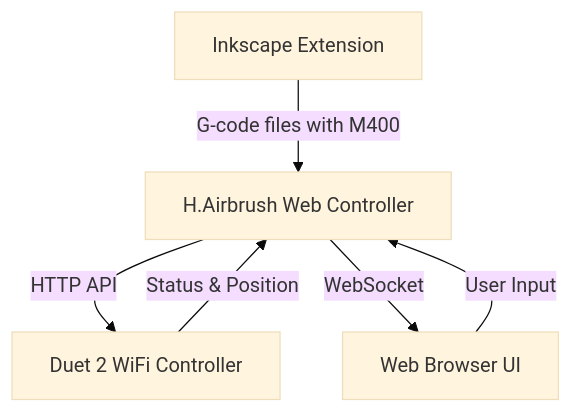
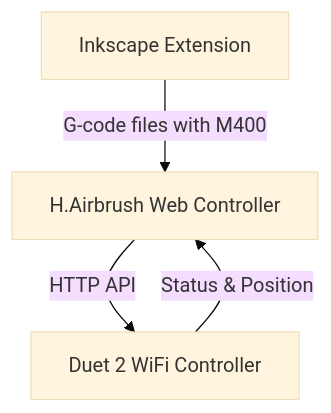
Before and after one commit to semiuniversal/hairbrush: the first of 2 diagrams in memory-bank/systemPatterns.md, drawn with Mermaid (base theme). The commit also changed other lines of this file and 42 other files, not shown here.

Commit message:
Update project with refactored JavaScript architecture and improved documentation

````diff
--- a/memory-bank/systemPatterns.md
+++ b/memory-bank/systemPatterns.md
@@ -7,8 +11,6 @@
 ```mermaid
-flowchart TD
+graph TD
     A[Inkscape Extension] -->|G-code files with M400| B[H.Airbrush Web Controller]
     B -->|HTTP API| C[Duet 2 WiFi Controller]
     C -->|Status & Position| B
-    B -->|WebSocket| D[Web Browser UI]
-    D -->|User Input| B
 ```
````
